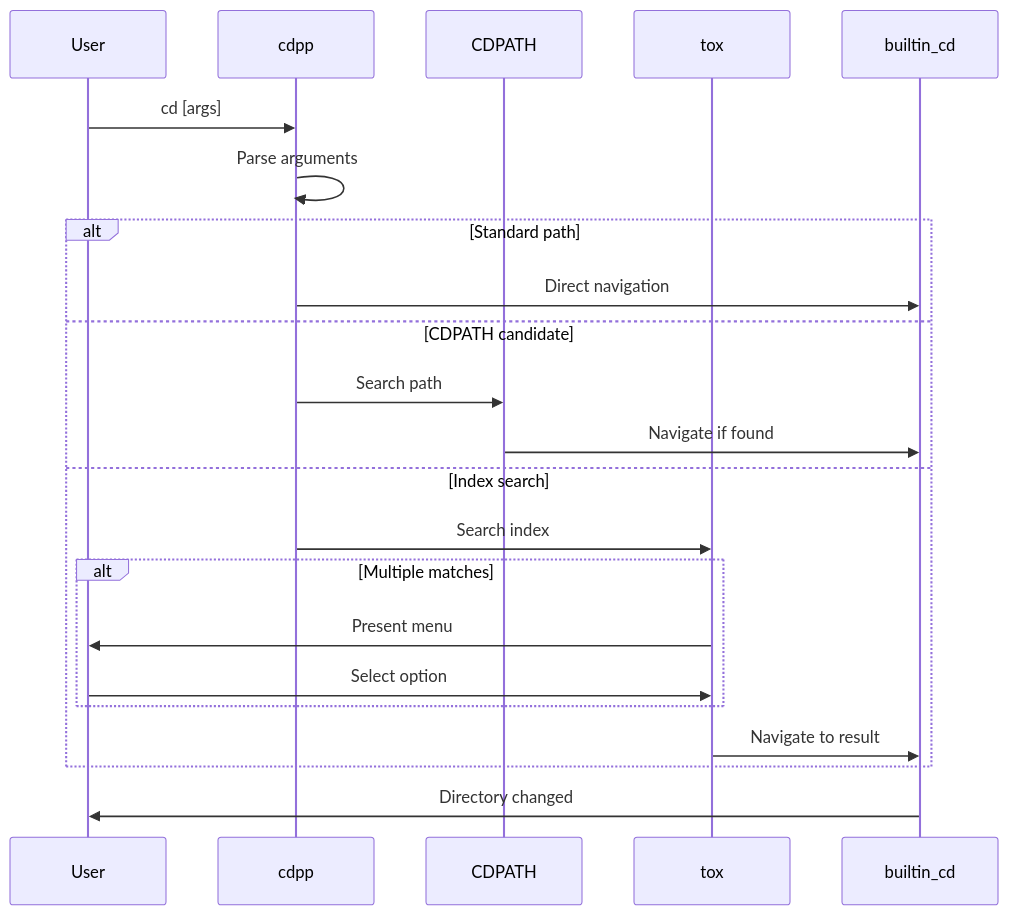
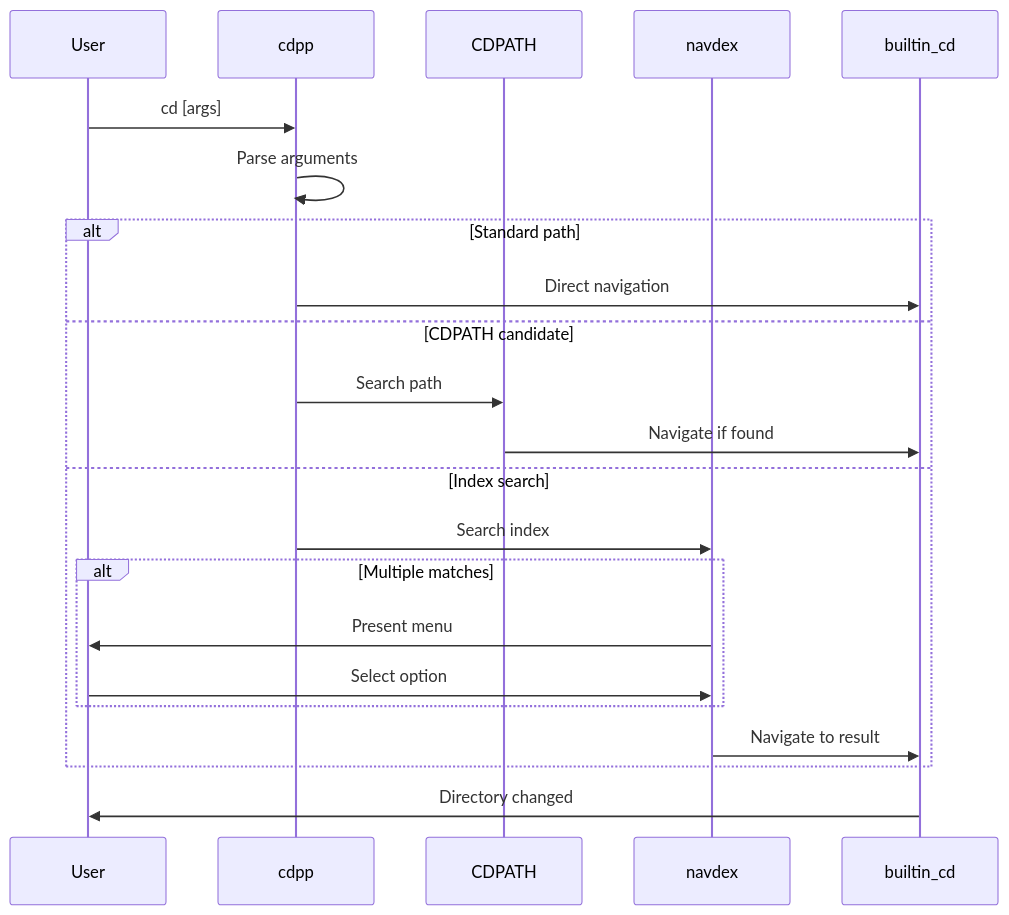
Before and after one commit to sanekits/cdpp: the second of 6 diagrams in docs/architecture.md, drawn with Mermaid. The commit also changed other lines of this file and 6 other files, not shown here.

First line of the commit message:
Refactor directory navigation utility from 'tox' to 'navdex'

````diff
--- a/docs/architecture.md
+++ b/docs/architecture.md
@@ -35,25 +35,25 @@
 ```mermaid
 sequenceDiagram
     participant User
     participant cdpp
     participant CDPATH
-    participant tox
+    participant navdex
     participant builtin_cd
     
     User->>cdpp: cd [args]
     cdpp->>cdpp: Parse arguments
     alt Standard path
         cdpp->>builtin_cd: Direct navigation
     else CDPATH candidate
         cdpp->>CDPATH: Search path
         CDPATH->>builtin_cd: Navigate if found
     else Index search
-        cdpp->>tox: Search index
+        cdpp->>navdex: Search index
         alt Multiple matches
-            tox->>User: Present menu
-            User->>tox: Select option
+            navdex->>User: Present menu
+            User->>navdex: Select option
         end
-        tox->>builtin_cd: Navigate to result
+        navdex->>builtin_cd: Navigate to result
     end
     builtin_cd->>User: Directory changed
 ```
````
